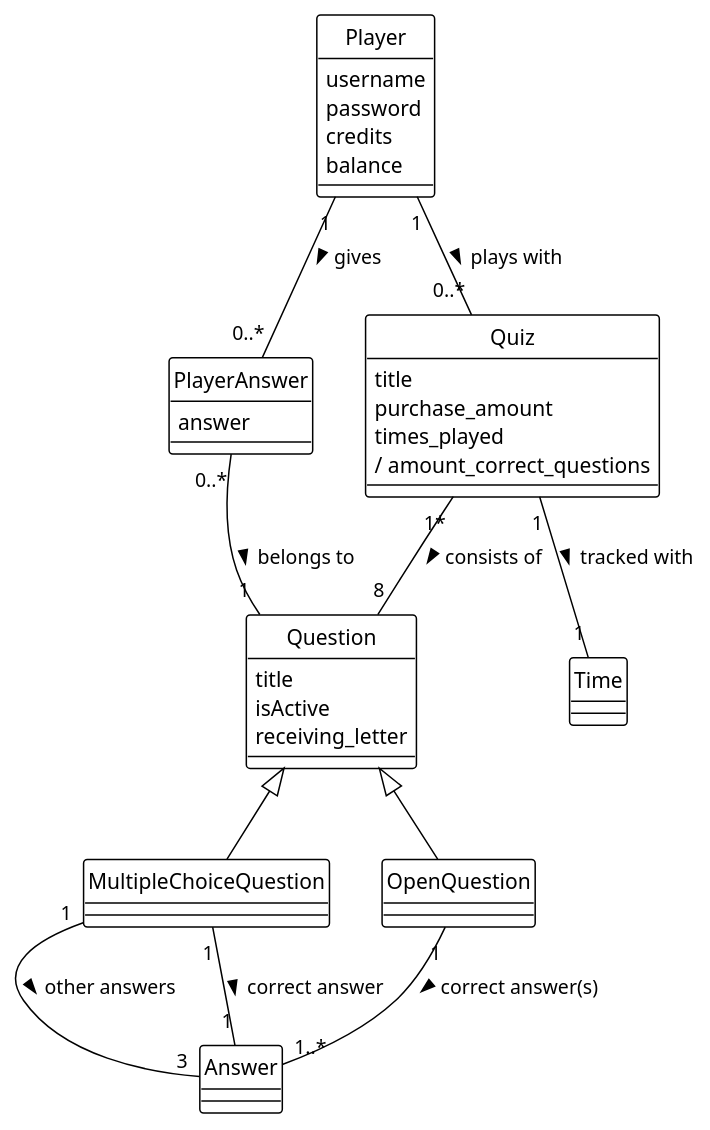
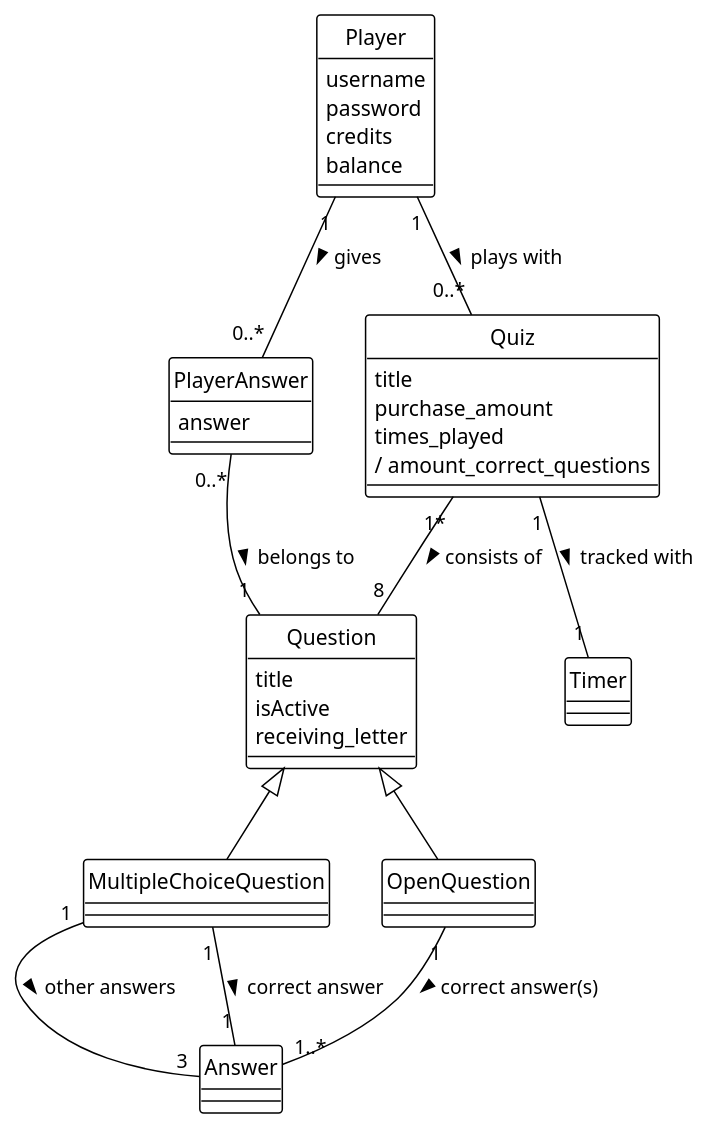
Before and after one commit to jchen2011/Parola: the diagram in diagrams/domainmodel.puml, drawn with PlantUML. The commit also changed 21 other files, not shown here.

```diff
--- a/diagrams/domainmodel.puml
+++ b/diagrams/domainmodel.puml
@@ -1,59 +1,59 @@
 @startuml
 !theme plain
 skinparam style strictuml
 
 class Player {
   username
   password
   credits
   balance
 }
 
 class PlayerAnswer {
 answer
 }
 
 class Quiz {
   title
   purchase_amount
   times_played
   / amount_correct_questions
 }
 
 class Question {
   title
   isActive
   receiving_letter
 }
 
 
-class Time {
+class Timer {
 
 }
 
 
 class MultipleChoiceQuestion {
 }
 
 
 class OpenQuestion {
 }
 
 
 
 Class Answer {
 
 }
 
 Player "1" -- "0..*" PlayerAnswer :> gives
 PlayerAnswer "0..*" -- "1" Question : belongs to >
 Player "1" -- "0..*" Quiz : plays with >
 Quiz "1*" -- "8" Question : consists of >
-Quiz "1" -- "1" Time : tracked with >
+Quiz "1" -- "1" Timer : tracked with >
 Question <|-- MultipleChoiceQuestion
 Question <|-- OpenQuestion
 MultipleChoiceQuestion "1" -- "3" Answer : other answers >
 MultipleChoiceQuestion "1" -- "1" Answer : correct answer >
 OpenQuestion "1" -- "1..*" Answer : correct answer(s) >
 
 @enduml
```
